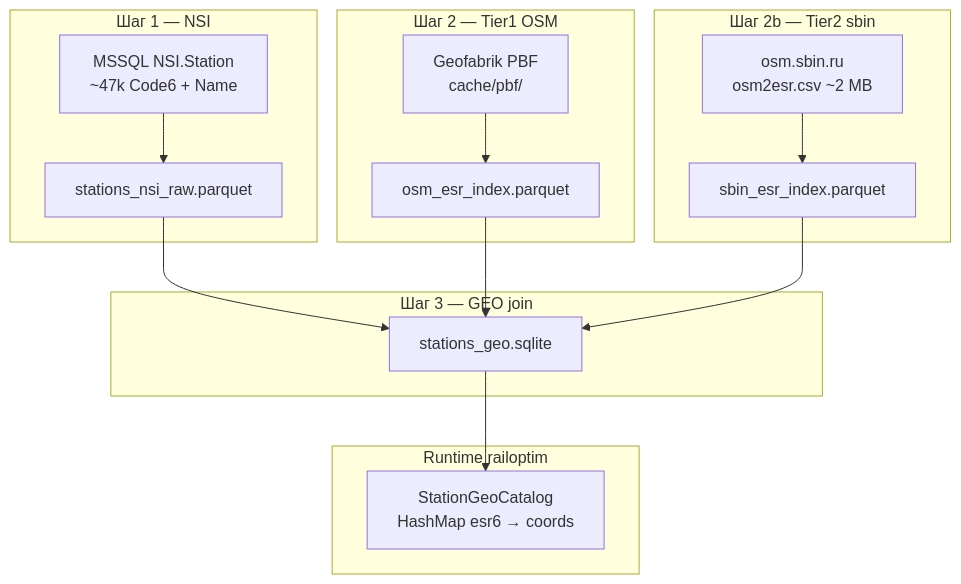
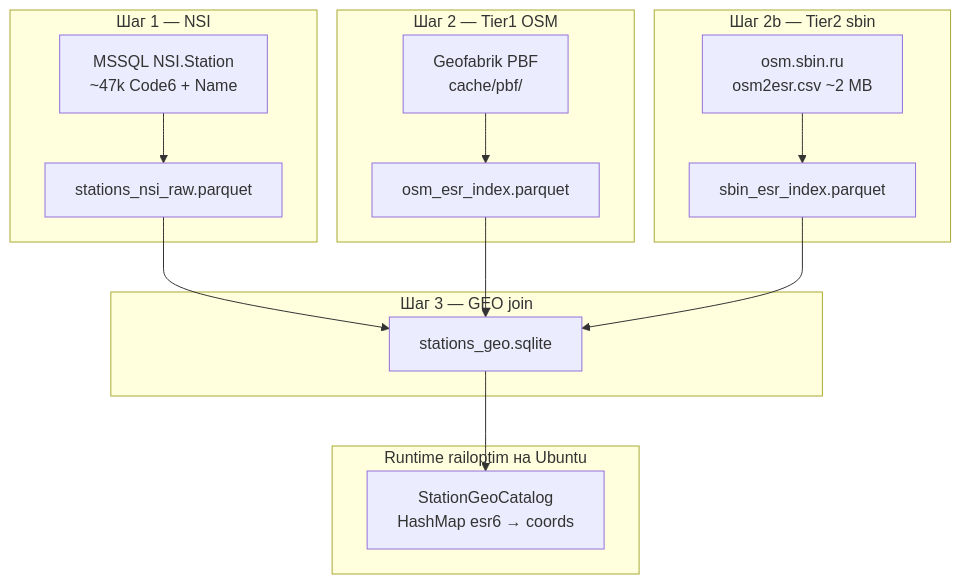
Before and after one commit to SunnFunn/railoptim: the diagram in data/stations/README.md, drawn with Mermaid. The commit also changed other lines of this file, not shown here.

Commit message:
railoptim v2.2 geospations refactored 1

````diff
--- a/data/stations/README.md
+++ b/data/stations/README.md
@@ -36,32 +39,32 @@
 ```mermaid
 flowchart TB
   subgraph step1 [Шаг 1 — NSI]
     mssql["MSSQL NSI.Station\n~47k Code6 + Name"]
     nsi_parquet["stations_nsi_raw.parquet"]
     mssql --> nsi_parquet
   end
 
   subgraph step2 [Шаг 2 — Tier1 OSM]
     pbf["Geofabrik PBF\ncache/pbf/"]
     osm_idx["osm_esr_index.parquet"]
     pbf --> osm_idx
   end
 
   subgraph step2b [Шаг 2b — Tier2 sbin]
     sbin_csv["osm.sbin.ru\nosm2esr.csv ~2 MB"]
     sbin_idx["sbin_esr_index.parquet"]
     sbin_csv --> sbin_idx
   end
 
   subgraph step3 [Шаг 3 — GEO join]
     sqlite["stations_geo.sqlite"]
     nsi_parquet --> sqlite
     osm_idx --> sqlite
     sbin_idx --> sqlite
   end
 
-  subgraph runtime [Runtime railoptim]
+  subgraph runtime [Runtime railoptim на Ubuntu]
     catalog["StationGeoCatalog\nHashMap esr6 → coords"]
     sqlite --> catalog
   end
 ```
````
